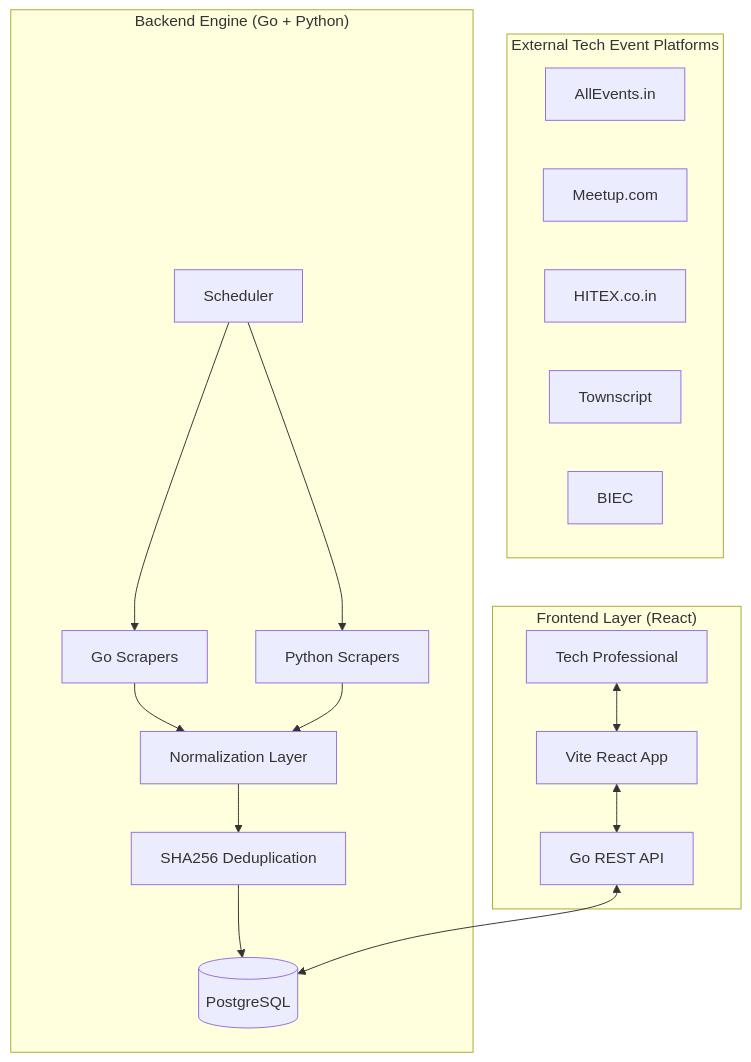
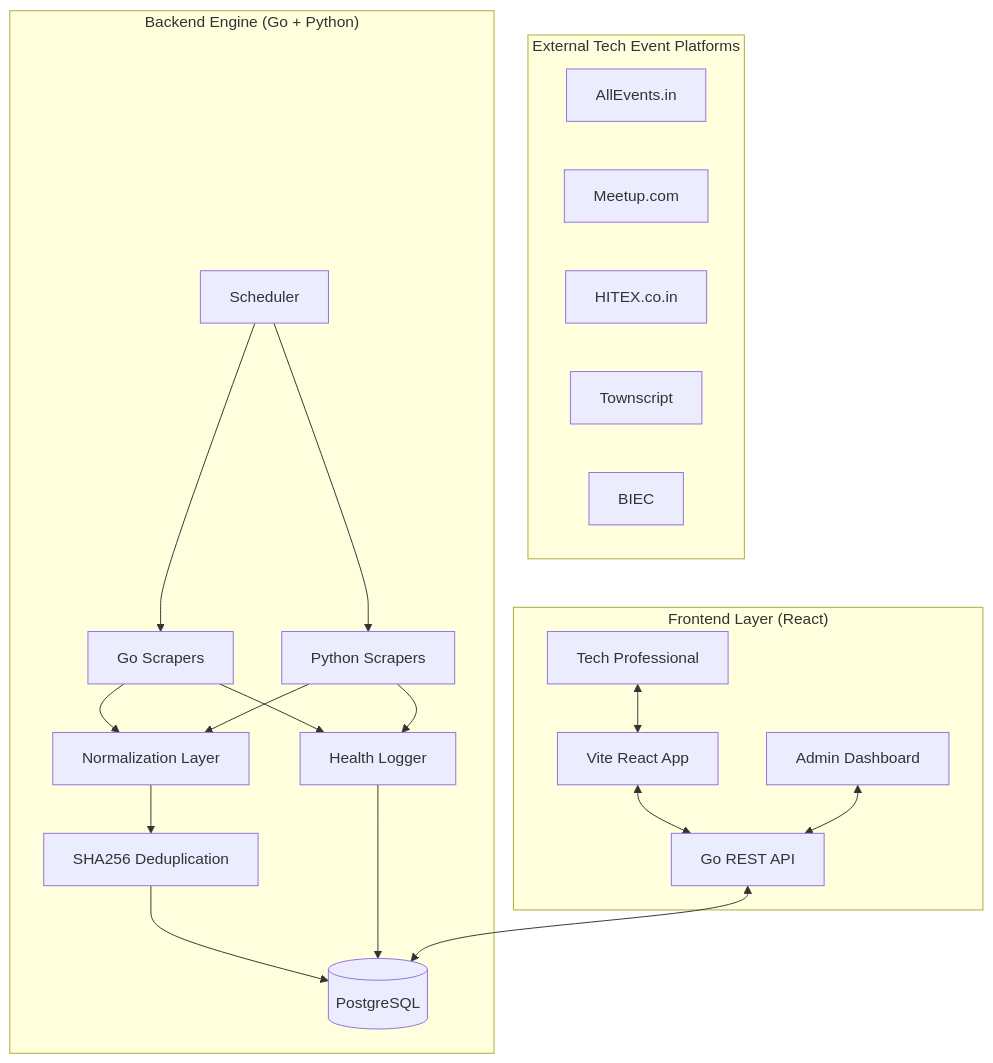
One commit to dheekshith153-hub/Event_Scraper_FullStack changed the diagram in ARCHITECTURE_REVIEW.md. Above: the diagram before and after it, drawn with Mermaid. The commit also changed other lines of this file and 15 other files, not shown here.

````diff
--- a/ARCHITECTURE_REVIEW.md
+++ b/ARCHITECTURE_REVIEW.md
@@ -47,25 +52,29 @@
 ```mermaid
 graph TD
     subgraph "External Tech Event Platforms"
         S1[AllEvents.in]
         S2[Meetup.com]
         S3[HITEX.co.in]
         S4[Townscript]
         S5[BIEC]
     end
 
     subgraph "Backend Engine (Go + Python)"
         SCH[Scheduler] --> GOS[Go Scrapers]
         SCH --> PYS[Python Scrapers]
         GOS --> NORM[Normalization Layer]
         PYS --> NORM
         NORM --> DEDUP[SHA256 Deduplication]
         DEDUP --> DB[(PostgreSQL)]
+        GOS --> HEALTH[Health Logger]
+        PYS --> HEALTH
+        HEALTH --> DB
     end
 
     subgraph "Frontend Layer (React)"
         API[Go REST API] <--> DB
         UI[Vite React App] <--> API
         USER[Tech Professional] <--> UI
+        ADMIN[Admin Dashboard] <--> API
     end
 ```
````
